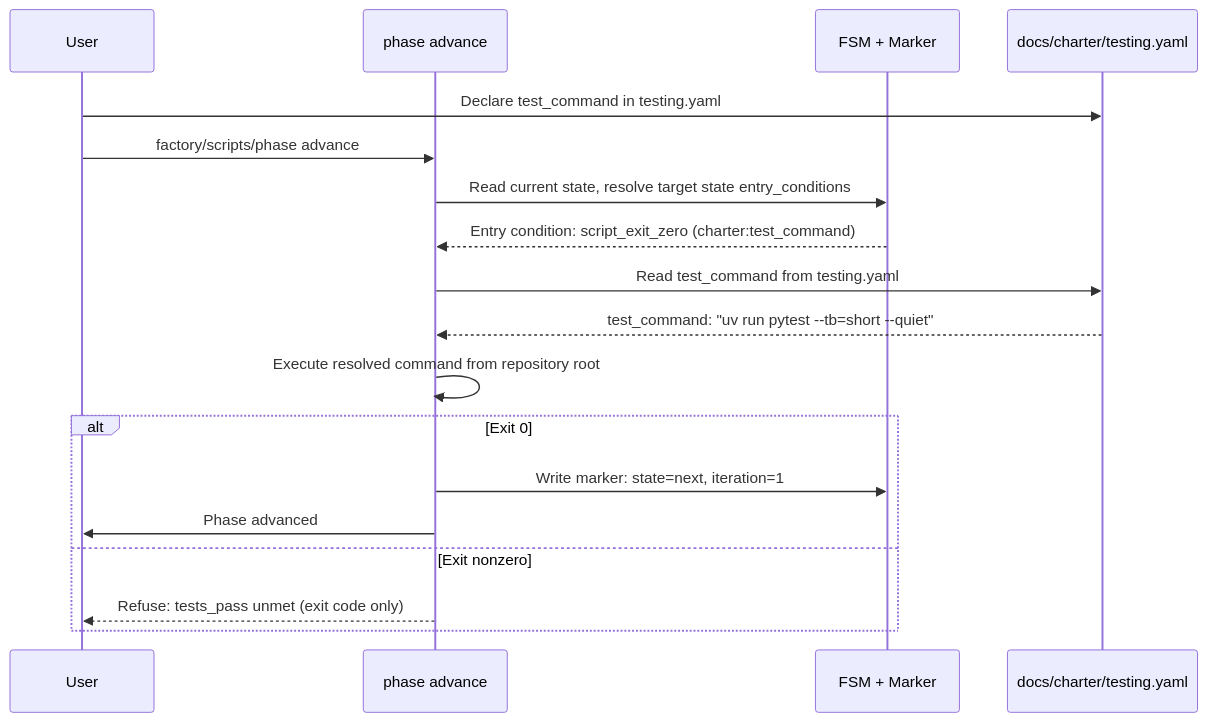
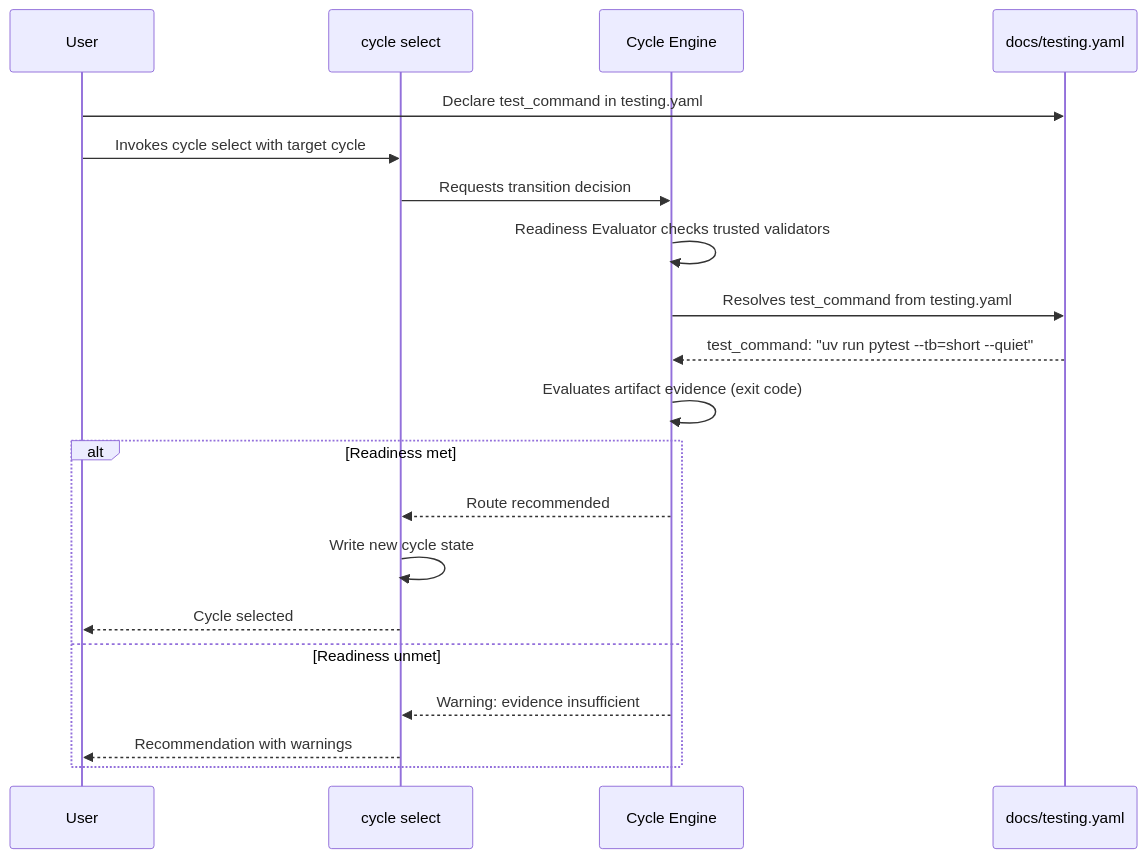
Before and after one commit to matthiasdaues/agent_factory: the third of 12 diagrams in docs/arc42/06_runtime_view.md, drawn with Mermaid. The commit also changed other lines of this file and 24 other files, not shown here.

First line of the commit message:
Docs: add cycle-based orchestration architecture

````diff
--- a/docs/arc42/06_runtime_view.md
+++ b/docs/arc42/06_runtime_view.md
@@ -19,21 +76,23 @@
 ```mermaid
 sequenceDiagram
     participant H as User
-    participant PA as phase advance
-    participant FSM as FSM + Marker
-    participant C as docs/charter/testing.yaml
+    participant CS as cycle select
+    participant CE as Cycle Engine
+    participant C as docs/testing.yaml
 
     H->>C: Declare test_command in testing.yaml
-    H->>PA: factory/scripts/phase advance
-    PA->>FSM: Read current state, resolve target state entry_conditions
-    FSM-->>PA: Entry condition: script_exit_zero (charter:test_command)
-    PA->>C: Read test_command from testing.yaml
-    C-->>PA: test_command: "uv run pytest --tb=short --quiet"
-    PA->>PA: Execute resolved command from repository root
-    alt Exit 0
-        PA->>FSM: Write marker: state=next, iteration=1
-        PA->>H: Phase advanced
-    else Exit nonzero
-        PA-->>H: Refuse: tests_pass unmet (exit code only)
+    H->>CS: Invokes cycle select with target cycle
+    CS->>CE: Requests transition decision
+    CE->>CE: Readiness Evaluator checks trusted validators
+    CE->>C: Resolves test_command from testing.yaml
+    C-->>CE: test_command: "uv run pytest --tb=short --quiet"
+    CE->>CE: Evaluates artifact evidence (exit code)
+    alt Readiness met
+        CE-->>CS: Route recommended
+        CS->>CS: Write new cycle state
+        CS-->>H: Cycle selected
+    else Readiness unmet
+        CE-->>CS: Warning: evidence insufficient
+        CS-->>H: Recommendation with warnings
     end
 ```
````
